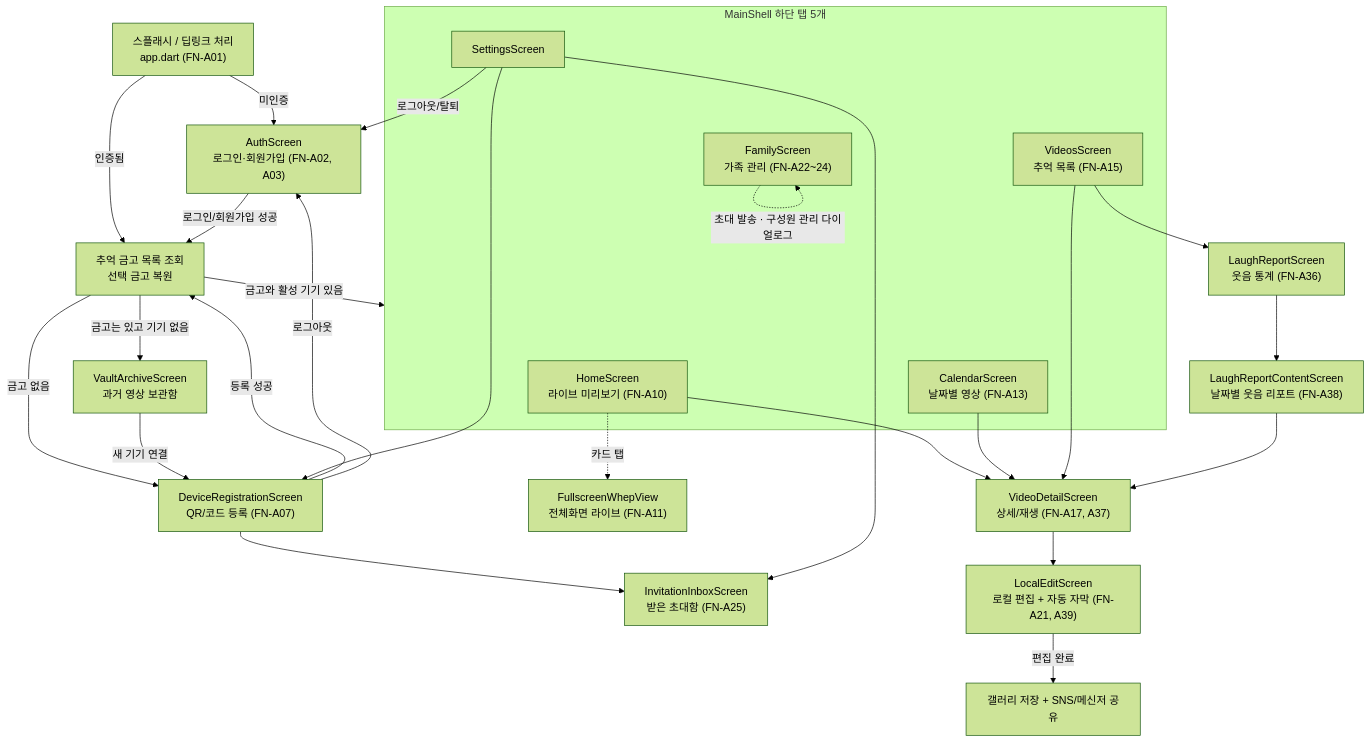
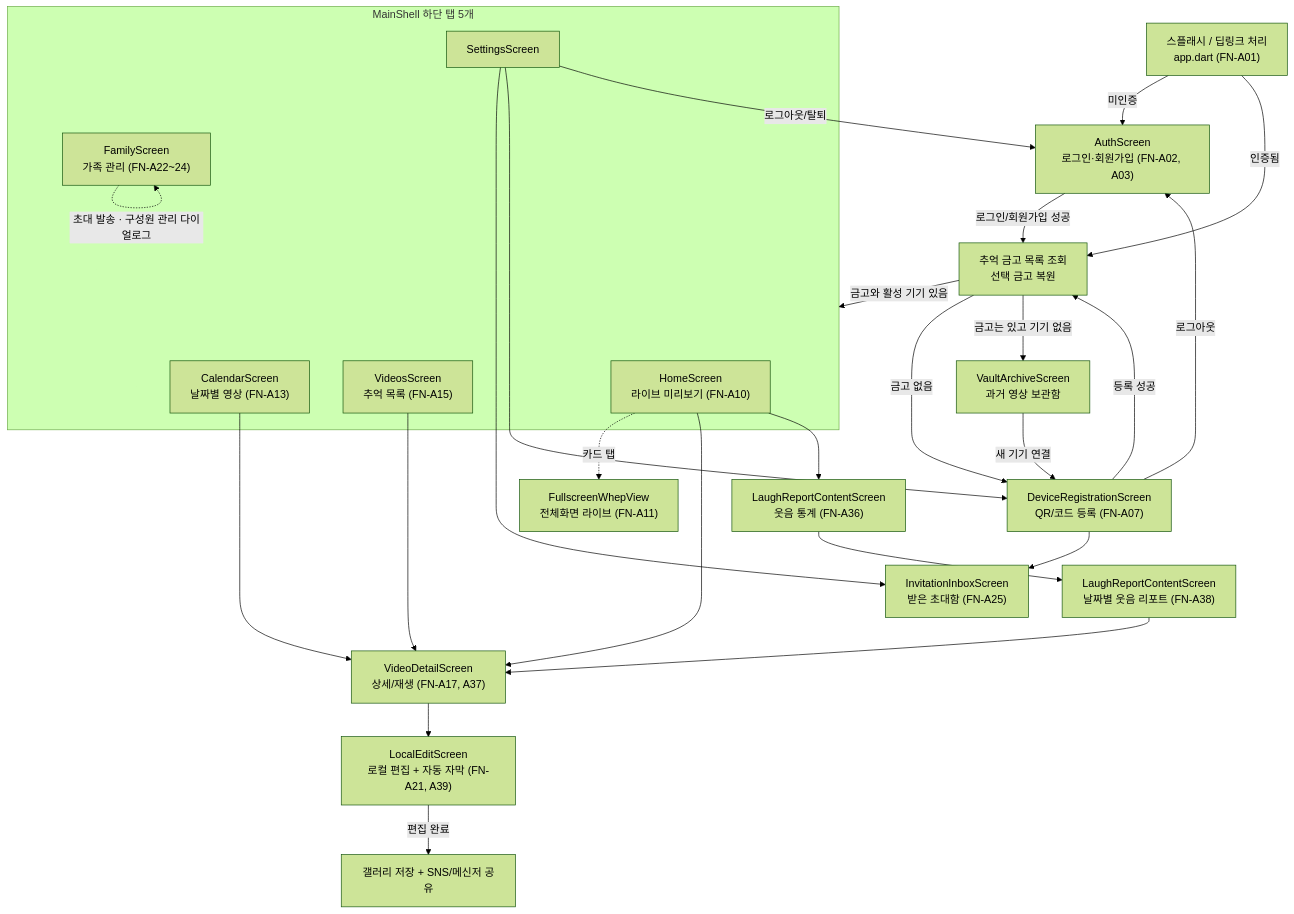
Before and after one commit to limbs-han/Bbanggeut: the diagram in 자료/docs/사람이 읽을 문서/03-기능명세서.md, drawn with Mermaid (forest theme). The commit also changed other lines of this file and 5 other files, not shown here.

````diff
--- a/자료/docs/사람이 읽을 문서/03-기능명세서.md
+++ b/자료/docs/사람이 읽을 문서/03-기능명세서.md
@@ -17,39 +17,39 @@
 ```mermaid
 flowchart TD
     Splash["스플래시 / 딥링크 처리\napp.dart (FN-A01)"] -->|미인증| Auth["AuthScreen\n로그인·회원가입 (FN-A02, A03)"]
     Splash -->|인증됨| VaultLoad["추억 금고 목록 조회\n선택 금고 복원"]
 
     Auth -->|로그인/회원가입 성공| VaultLoad
     VaultLoad -->|금고 없음| DeviceReg["DeviceRegistrationScreen\nQR/코드 등록 (FN-A07)"]
     VaultLoad -->|금고와 활성 기기 있음| Shell["MainShell (FN-A06)"]
     VaultLoad -->|금고는 있고 기기 없음| VaultArchive["VaultArchiveScreen\n과거 영상 보관함"]
     VaultArchive -->|새 기기 연결| DeviceReg
     DeviceReg -->|등록 성공| VaultLoad
     DeviceReg --> InvInbox["InvitationInboxScreen\n받은 초대함 (FN-A25)"]
     DeviceReg -->|로그아웃| Auth
 
     subgraph Shell["MainShell 하단 탭 5개"]
         Home["HomeScreen\n라이브 미리보기 (FN-A10)"]
         Calendar["CalendarScreen\n날짜별 영상 (FN-A13)"]
         Videos["VideosScreen\n추억 목록 (FN-A15)"]
         Family["FamilyScreen\n가족 관리 (FN-A22~24)"]
         Settings["SettingsScreen"]
     end
 
     Home -. 카드 탭 .-> FullscreenLive["FullscreenWhepView\n전체화면 라이브 (FN-A11)"]
     Home --> VideoDetail["VideoDetailScreen\n상세/재생 (FN-A17, A37)"]
     Calendar --> VideoDetail
     Videos --> VideoDetail
-    Videos --> LaughReport["LaughReportScreen\n웃음 통계 (FN-A36)"]
+    Home --> LaughReport["LaughReportContentScreen\n웃음 통계 (FN-A36)"]
     LaughReport --> ReportScreen["LaughReportContentScreen\n날짜별 웃음 리포트 (FN-A38)"]
     ReportScreen --> VideoDetail
 
     VideoDetail --> LocalEdit["LocalEditScreen\n로컬 편집 + 자동 자막 (FN-A21, A39)"]
     LocalEdit -->|편집 완료| Gallery["갤러리 저장 + SNS/메신저 공유"]
 
     Settings --> InvInbox
     Settings --> DeviceReg
     Settings -->|로그아웃/탈퇴| Auth
 
     Family -.->|초대 발송 · 구성원 관리 다이얼로그| Family
 ```
````
